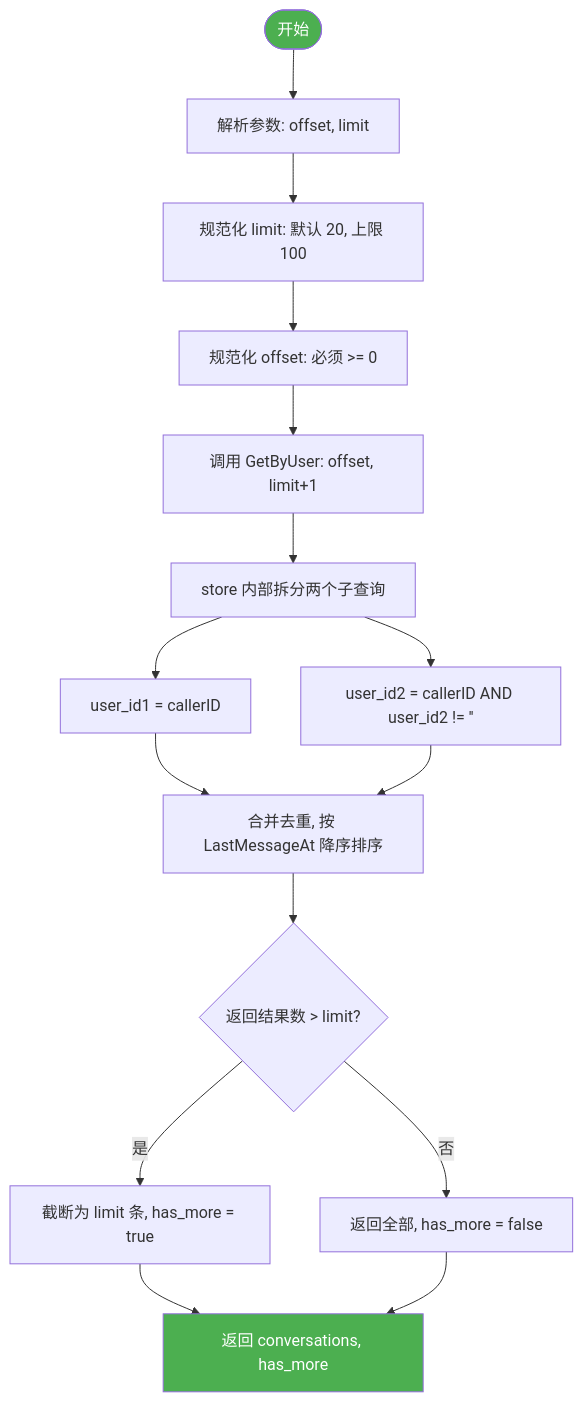
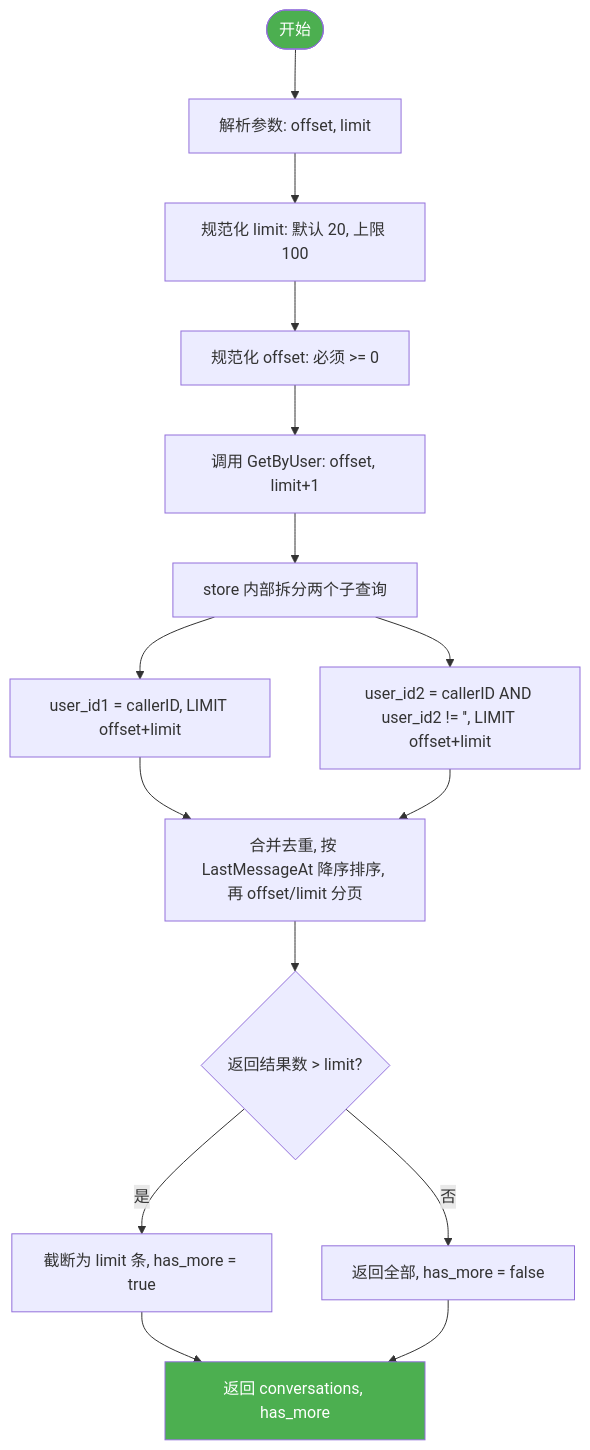
One commit to PineappleBond/xyncra-server changed the third of 5 diagrams in wiki/flows/conversation.md. Above: the diagram before and after it, drawn with Mermaid. The commit also changed other lines of this file and 21 other files, not shown here.

Commit message:
docs(wiki): add edge cases and fix inaccuracies across all flow documents

````diff
--- a/wiki/flows/conversation.md
+++ b/wiki/flows/conversation.md
@@ -245,20 +243,20 @@
 ```mermaid
 flowchart TD
     A([开始]) --> B[解析参数: offset, limit]
     B --> C[规范化 limit: 默认 20, 上限 100]
     C --> D[规范化 offset: 必须 >= 0]
     D --> E[调用 GetByUser: offset, limit+1]
     E --> F[store 内部拆分两个子查询]
-    F --> G[user_id1 = callerID]
-    F --> H["user_id2 = callerID AND user_id2 != ''"]
-    G --> I[合并去重, 按 LastMessageAt 降序排序]
+    F --> G["user_id1 = callerID, LIMIT offset+limit"]
+    F --> H["user_id2 = callerID AND user_id2 != '', LIMIT offset+limit"]
+    G --> I[合并去重, 按 LastMessageAt 降序排序, 再 offset/limit 分页]
     H --> I
     I --> J{返回结果数 > limit?}
     J -- 是 --> K[截断为 limit 条, has_more = true]
     J -- 否 --> L[返回全部, has_more = false]
     K --> M[返回 conversations, has_more]
     L --> M
 
     style A fill:#4CAF50,color:#fff
     style M fill:#4CAF50,color:#fff
 ```
````
